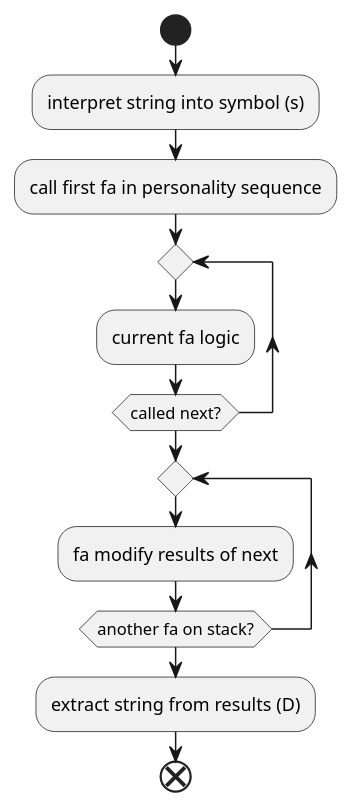
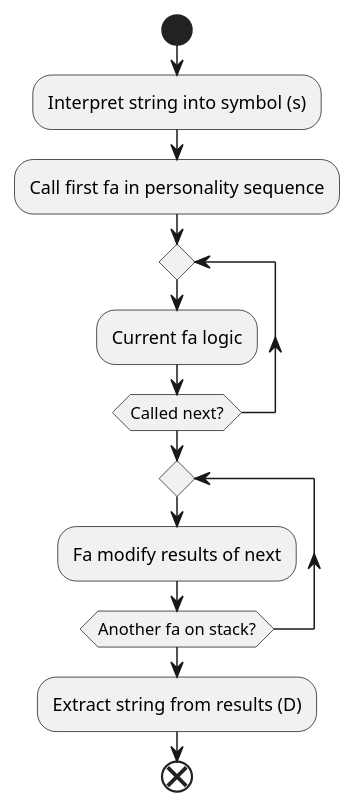
Before and after one commit to jappeace/methods-homework: the eighth of 10 diagrams in thesis/thesis.org, drawn with PlantUML. The commit also changed other lines of this file, not shown here.

```diff
--- a/thesis/thesis.org
+++ b/thesis/thesis.org
@@ -1617,13 +1617,13 @@
 #+BEGIN_SRC plantuml :cache yes :file img/uml/faprocessing.png :exports results
   start
-  :interpret string into symbol (s);
-  :call first fa in personality sequence;
+  :Interpret string into symbol (s);
+  :Call first fa in personality sequence;
   repeat
-  :current fa logic;
-  repeat while (called next?)
+  :Current fa logic;
+  repeat while (Called next?)
   repeat
-  :fa modify results of next;
-  repeat while (another fa on stack?)
-  :extract string from results (D);
+  :Fa modify results of next;
+  repeat while (Another fa on stack?)
+  :Extract string from results (D);
   end
 #+END_SRC
```
